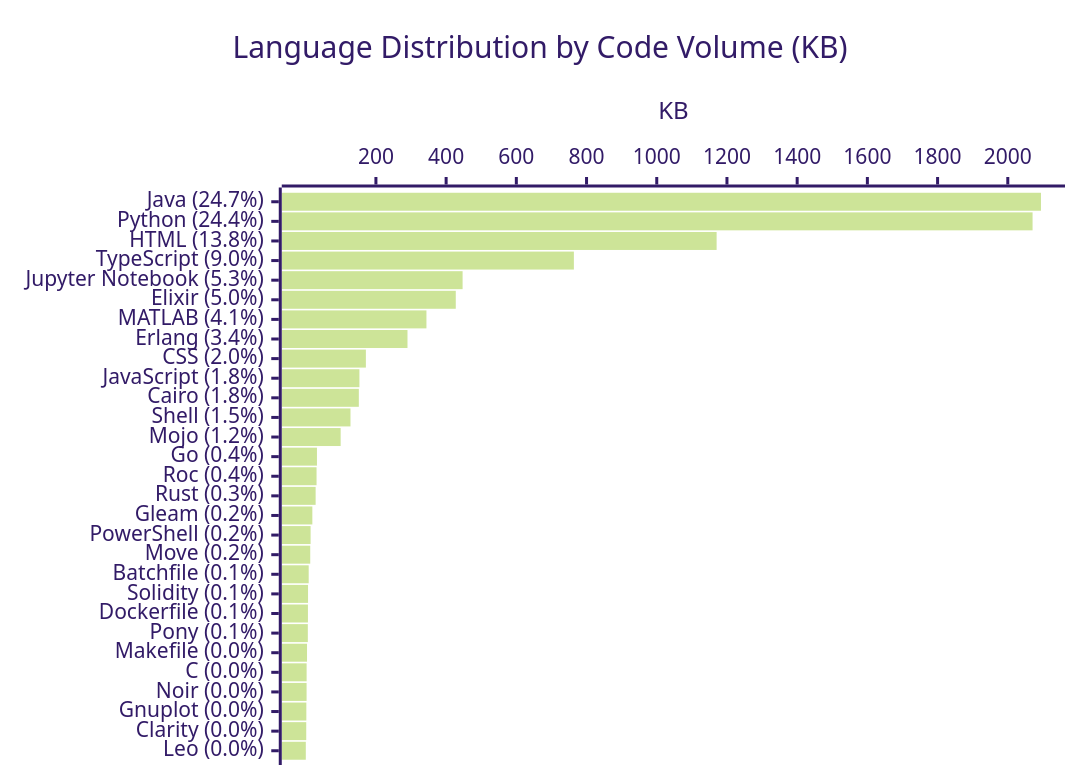
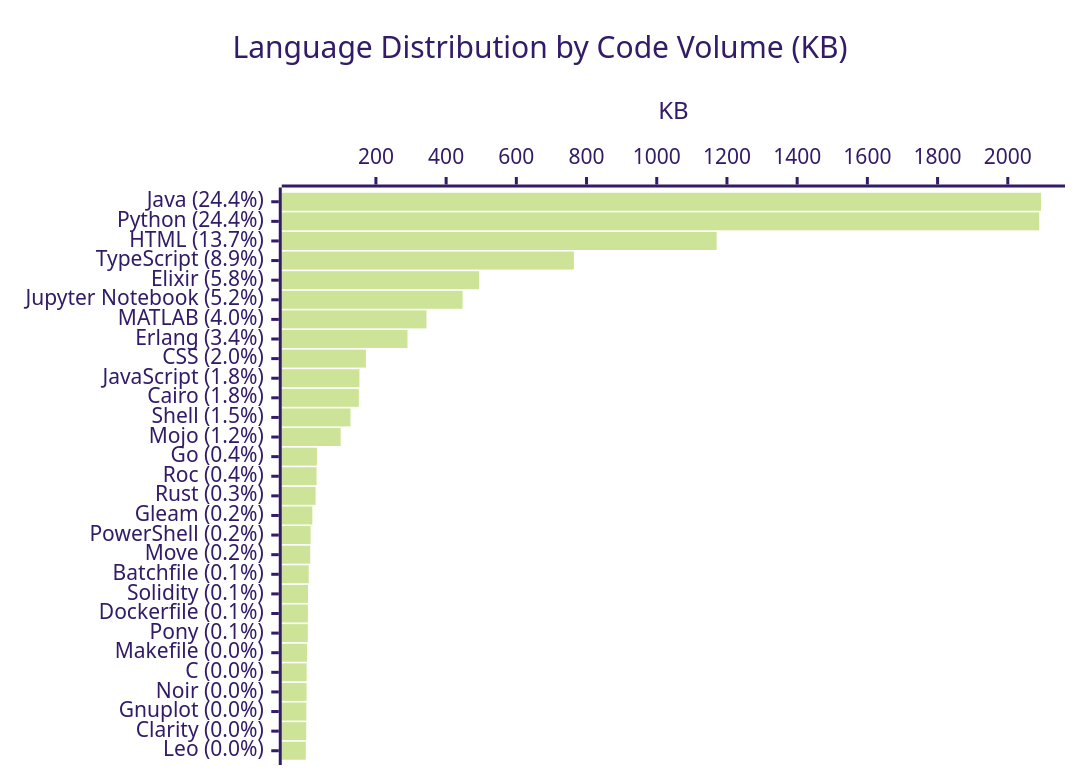
One commit to KathiraveluLab/.github changed the diagram in profile/README.md. Above: the diagram before and after it, drawn with Mermaid (forest theme). The commit also changed other lines of this file and 1 other file, not shown here.

````diff
--- a/profile/README.md
+++ b/profile/README.md
@@ -70,7 +71,7 @@
 ```mermaid
 xychart-beta horizontal
     title "Language Distribution by Code Volume (KB)"
-    x-axis ["Java (24.7%)", "Python (24.4%)", "HTML (13.8%)", "TypeScript (9.0%)", "Jupyter Notebook (5.3%)", "Elixir (5.0%)", "MATLAB (4.1%)", "Erlang (3.4%)", "CSS (2.0%)", "JavaScript (1.8%)", "Cairo (1.8%)", "Shell (1.5%)", "Mojo (1.2%)", "Go (0.4%)", "Roc (0.4%)", "Rust (0.3%)", "Gleam (0.2%)", "PowerShell (0.2%)", "Move (0.2%)", "Batchfile (0.1%)", "Solidity (0.1%)", "Dockerfile (0.1%)", "Pony (0.1%)", "Makefile (0.0%)", "C (0.0%)", "Noir (0.0%)", "Gnuplot (0.0%)", "Clarity (0.0%)", "Leo (0.0%)"]
+    x-axis ["Java (24.4%)", "Python (24.4%)", "HTML (13.7%)", "TypeScript (8.9%)", "Elixir (5.8%)", "Jupyter Notebook (5.2%)", "MATLAB (4.0%)", "Erlang (3.4%)", "CSS (2.0%)", "JavaScript (1.8%)", "Cairo (1.8%)", "Shell (1.5%)", "Mojo (1.2%)", "Go (0.4%)", "Roc (0.4%)", "Rust (0.3%)", "Gleam (0.2%)", "PowerShell (0.2%)", "Move (0.2%)", "Batchfile (0.1%)", "Solidity (0.1%)", "Dockerfile (0.1%)", "Pony (0.1%)", "Makefile (0.0%)", "C (0.0%)", "Noir (0.0%)", "Gnuplot (0.0%)", "Clarity (0.0%)", "Leo (0.0%)"]
     y-axis "KB"
-    bar [2094.5, 2070.57, 1170.55, 763.92, 446.91, 427.48, 343.93, 289.93, 171.39, 152.99, 151.31, 127.55, 99.52, 32.03, 30.88, 28.25, 18.9, 13.91, 12.89, 8.48, 6.65, 6.34, 6.01, 3.74, 2.58, 2.46, 1.82, 1.53, 0.26]
+    bar [2094.5, 2089.51, 1170.55, 763.92, 493.85, 446.91, 343.93, 289.93, 171.39, 152.99, 151.31, 127.55, 99.52, 32.03, 30.88, 28.25, 18.9, 13.91, 12.89, 8.48, 6.65, 6.34, 6.01, 3.74, 2.58, 2.46, 1.82, 1.53, 0.26]
 ```
````
